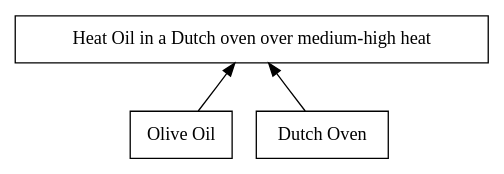
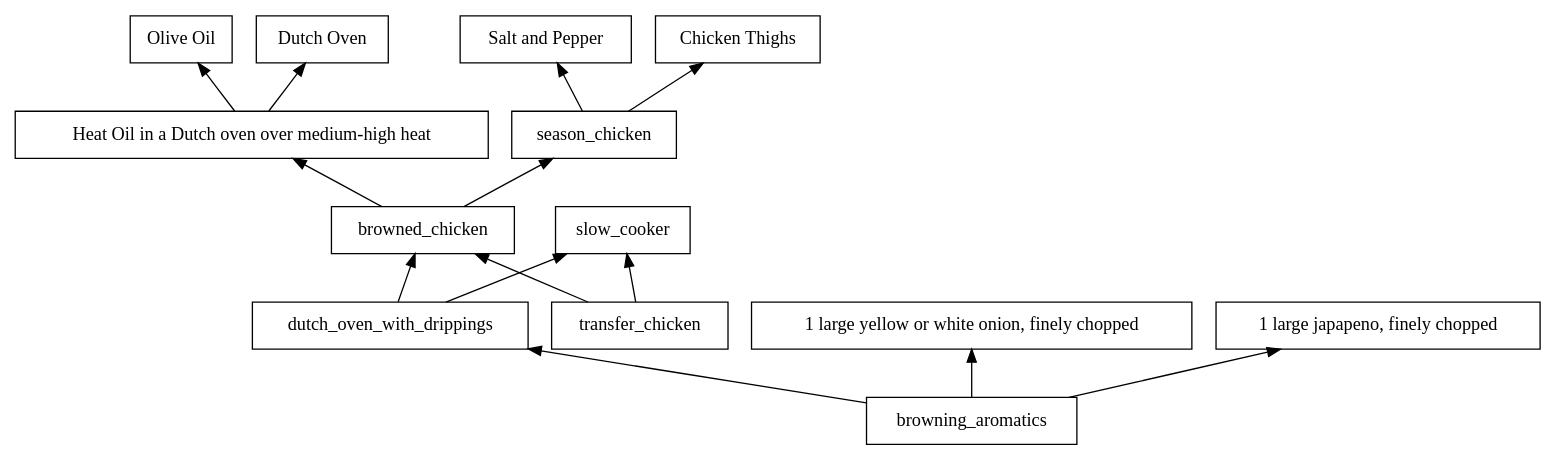
The diagram in serious-eats/slow-cooker-chicken-tortilla-soup/recipe.dot (isaacsanders/recipes-as-dependency-graphs), drawn with Graphviz before and after one commit.

```diff
--- a/serious-eats/slow-cooker-chicken-tortilla-soup/recipe.dot
+++ b/serious-eats/slow-cooker-chicken-tortilla-soup/recipe.dot
@@ -1,8 +1,17 @@
 digraph recipe {
   rankdir=BT;
   node [shape=record];
   olive_oil [label="Olive Oil"];
   dutch_oven [label="Dutch Oven"];
   heat_oil [label="Heat Oil in a Dutch oven over medium-high heat"];
-  olive_oil, dutch_oven -> heat_oil;
+  heat_oil -> olive_oil, dutch_oven;
+  salt_and_pepper [label="Salt and Pepper"];
+  chicken_thighs [label="Chicken Thighs"];
+  season_chicken -> salt_and_pepper, chicken_thighs;
+  browned_chicken -> season_chicken, heat_oil;
+  dutch_oven_with_drippings, transfer_chicken -> slow_cooker, browned_chicken;
+  chopped_onion [label="1 large yellow or white onion, finely chopped"];
+  jalapeno [label="1 large japapeno, finely chopped"];
+  browning_aromatics -> chopped_onion, jalapeno, dutch_oven_with_drippings;
+  
 }
```
